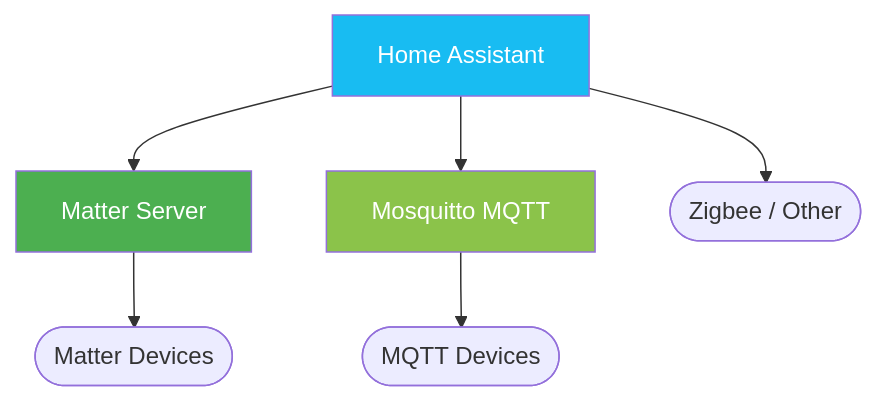
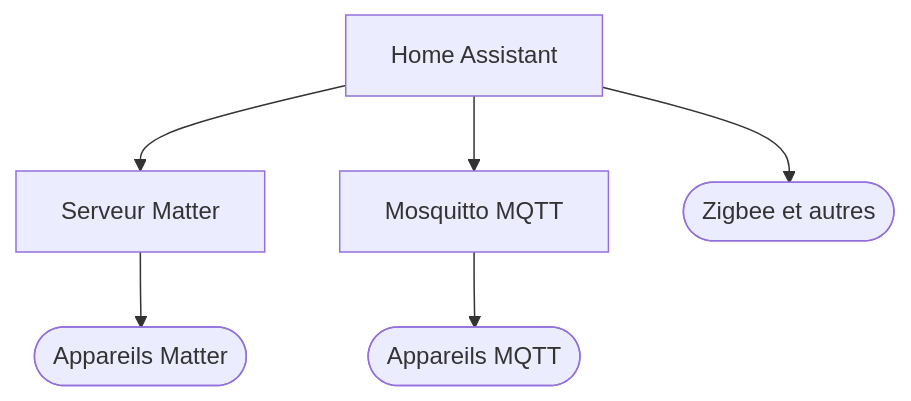
The third of 6 diagrams in README.md (Wifsimster/docker-setup), drawn with Mermaid before and after one commit. The commit also changed other lines of this file and 6 other files, not shown here.

````diff
--- a/README.md
+++ b/README.md
@@ -79,12 +109,8 @@
 ```mermaid
 graph TB
-    HA[Home Assistant] --> Matter[Matter Server]
+    HA[Home Assistant] --> Matter[Serveur Matter]
     HA --> MQTT[Mosquitto MQTT]
-    Matter --> Devices1([Matter Devices])
-    MQTT --> Devices2([MQTT Devices])
-    HA --> Devices3([Zigbee / Other])
-
-    style HA fill:#18BCF2,color:#fff
-    style Matter fill:#4CAF50,color:#fff
-    style MQTT fill:#8BC34A,color:#fff
+    Matter --> D1([Appareils Matter])
+    MQTT --> D2([Appareils MQTT])
+    HA --> D3([Zigbee et autres])
 ```
````
